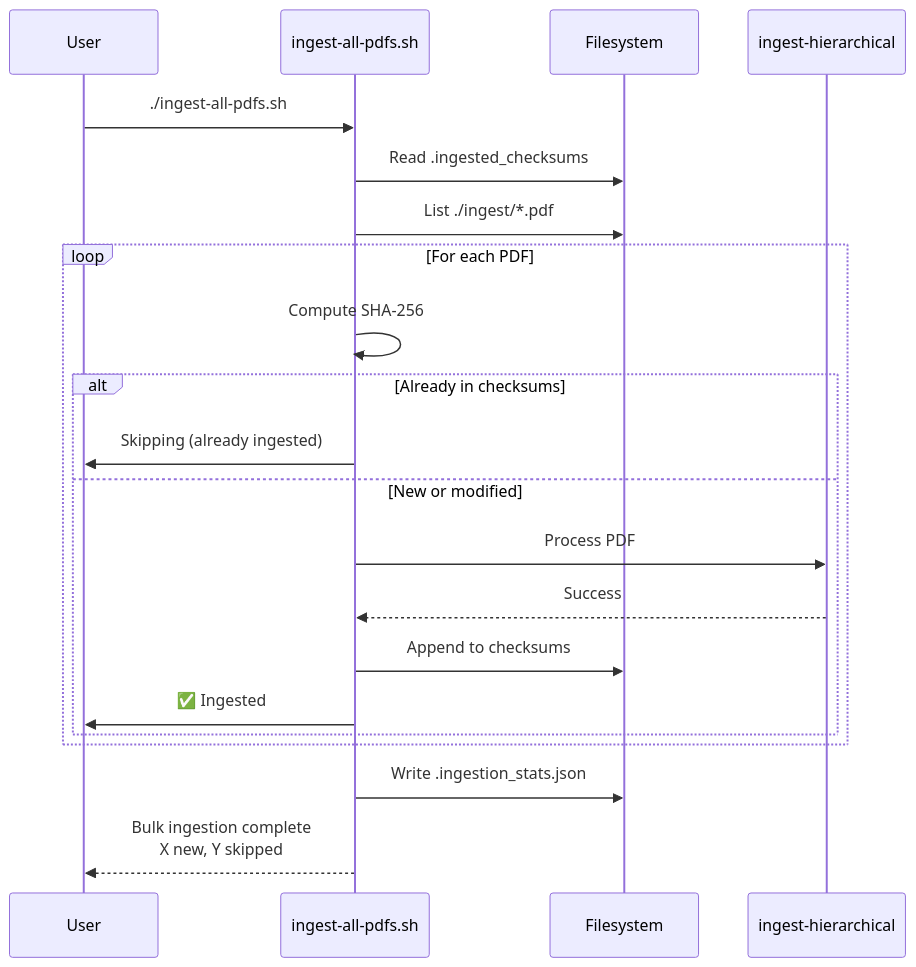
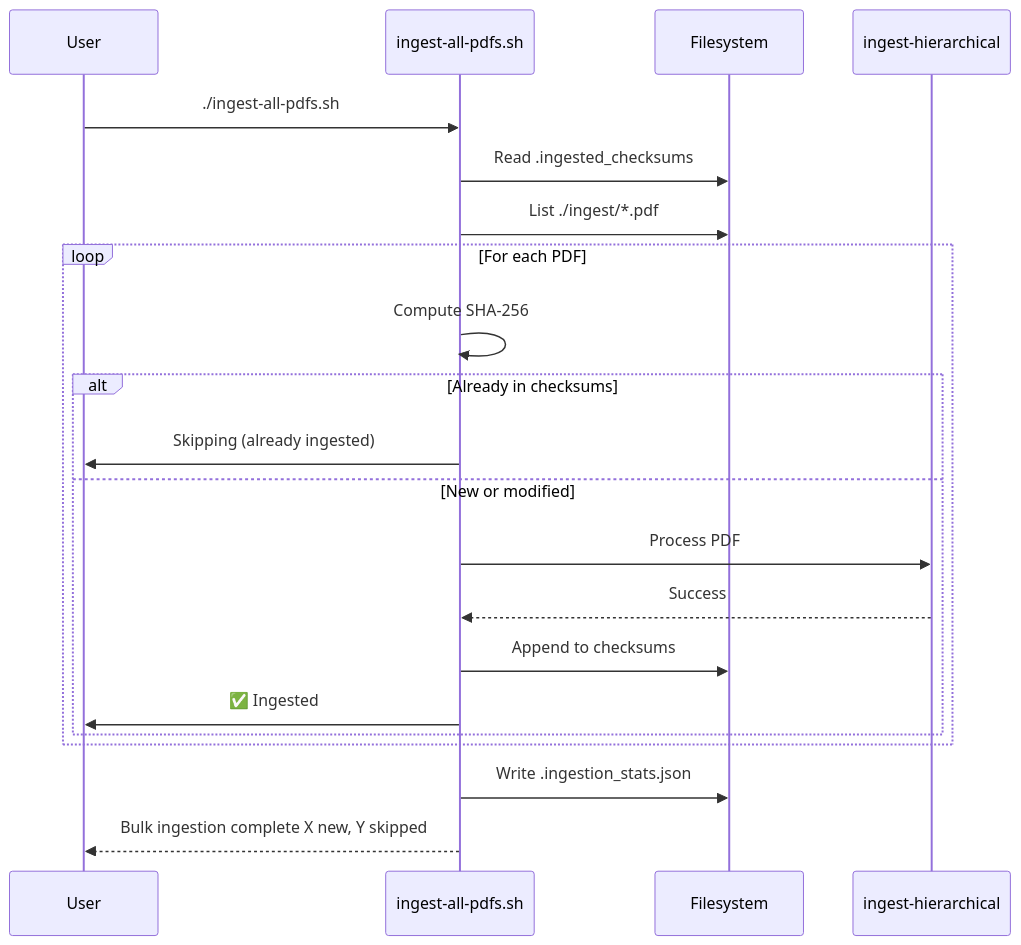
One commit to softwarewrighter/rag-demo changed the second of 13 diagrams in wiki/Data-Flow-Diagrams.md. Above: the diagram before and after it, drawn with Mermaid. The commit also changed other lines of this file and 7 other files, not shown here.

````diff
--- a/wiki/Data-Flow-Diagrams.md
+++ b/wiki/Data-Flow-Diagrams.md
@@ -62,26 +62,26 @@
 ```mermaid
 sequenceDiagram
     participant User
     participant Script as ingest-all-pdfs.sh
     participant FS as Filesystem
     participant Ingest as ingest-hierarchical
 
     User->>Script: ./ingest-all-pdfs.sh
     Script->>FS: Read .ingested_checksums
     Script->>FS: List ./ingest/*.pdf
 
     loop For each PDF
         Script->>Script: Compute SHA-256
         alt Already in checksums
             Script->>User: Skipping (already ingested)
         else New or modified
             Script->>Ingest: Process PDF
             Ingest-->>Script: Success
             Script->>FS: Append to checksums
             Script->>User: ✅ Ingested
         end
     end
 
     Script->>FS: Write .ingestion_stats.json
-    Script-->>User: Bulk ingestion complete<br/>X new, Y skipped
+    Script-->>User: Bulk ingestion complete X new, Y skipped
 ```
````
